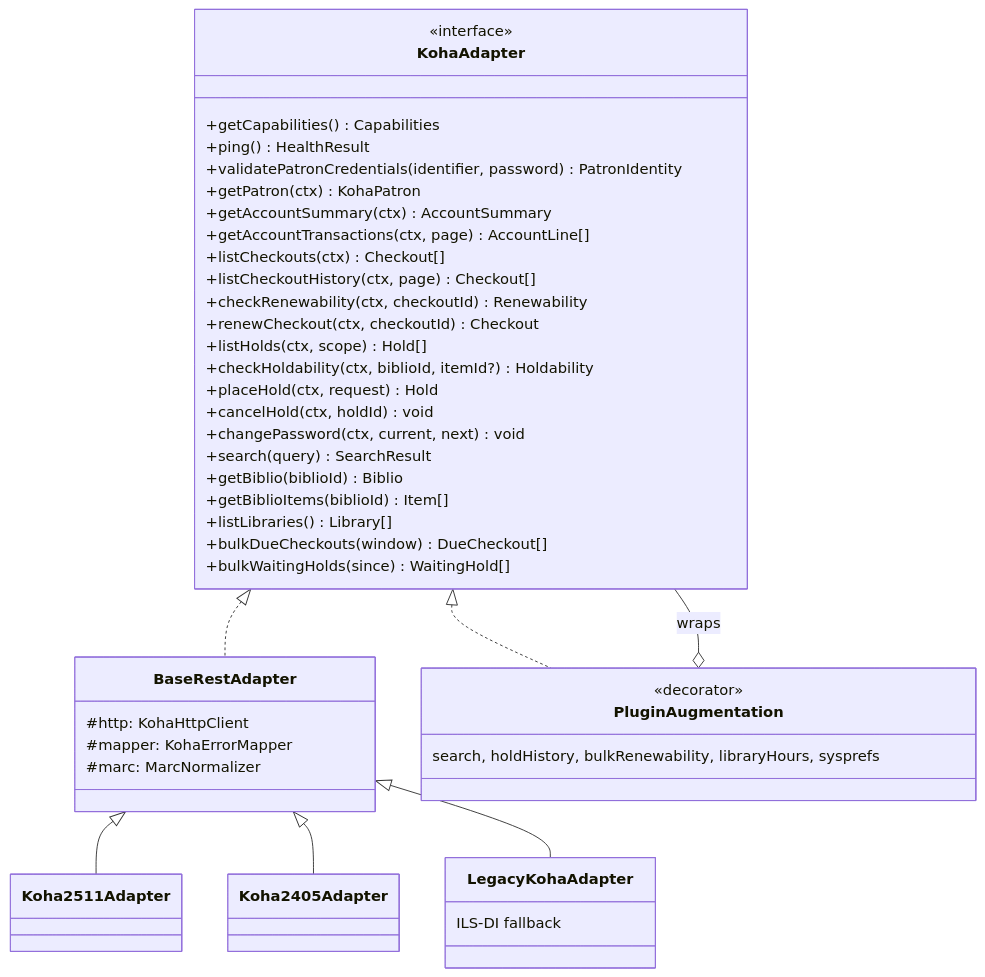
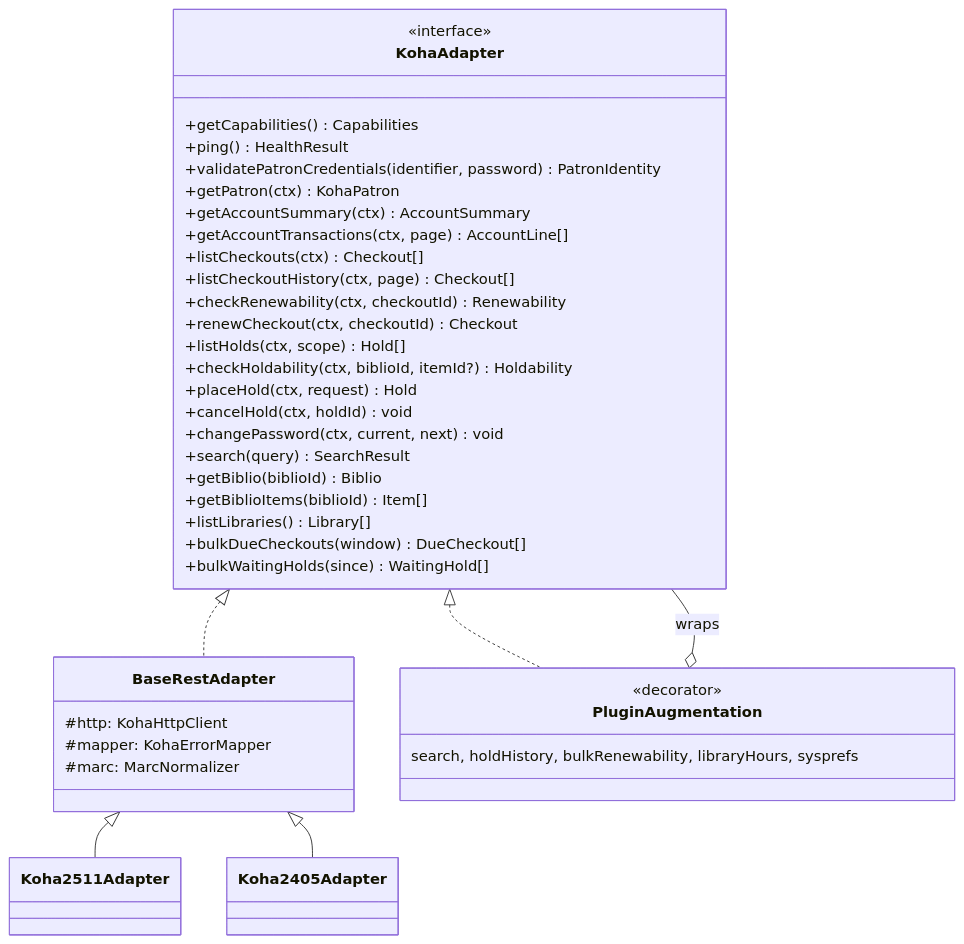
The diagram in docs/KOHA_INTEGRATION.md (mehmetfatruk/kohamobil), drawn with Mermaid before and after one commit. The commit also changed other lines of this file and 9 other files, not shown here.

````diff
--- a/docs/KOHA_INTEGRATION.md
+++ b/docs/KOHA_INTEGRATION.md
@@ -50,47 +52,43 @@
 ```mermaid
 classDiagram
   class KohaAdapter {
     <<interface>>
     +getCapabilities() Capabilities
     +ping() HealthResult
     +validatePatronCredentials(identifier, password) PatronIdentity
     +getPatron(ctx) KohaPatron
     +getAccountSummary(ctx) AccountSummary
     +getAccountTransactions(ctx, page) AccountLine[]
     +listCheckouts(ctx) Checkout[]
     +listCheckoutHistory(ctx, page) Checkout[]
     +checkRenewability(ctx, checkoutId) Renewability
     +renewCheckout(ctx, checkoutId) Checkout
     +listHolds(ctx, scope) Hold[]
     +checkHoldability(ctx, biblioId, itemId?) Holdability
     +placeHold(ctx, request) Hold
     +cancelHold(ctx, holdId) void
     +changePassword(ctx, current, next) void
     +search(query) SearchResult
     +getBiblio(biblioId) Biblio
     +getBiblioItems(biblioId) Item[]
     +listLibraries() Library[]
     +bulkDueCheckouts(window) DueCheckout[]
     +bulkWaitingHolds(since) WaitingHold[]
   }
   class BaseRestAdapter {
     #http: KohaHttpClient
     #mapper: KohaErrorMapper
     #marc: MarcNormalizer
   }
   class Koha2511Adapter
   class Koha2405Adapter
-  class LegacyKohaAdapter {
-    ILS-DI fallback
-  }
   class PluginAugmentation {
     <<decorator>>
     search, holdHistory, bulkRenewability, libraryHours, sysprefs
   }
   KohaAdapter <|.. BaseRestAdapter
   BaseRestAdapter <|-- Koha2511Adapter
   BaseRestAdapter <|-- Koha2405Adapter
-  BaseRestAdapter <|-- LegacyKohaAdapter
   KohaAdapter <|.. PluginAugmentation
   PluginAugmentation o-- KohaAdapter : wraps
 ```
````
